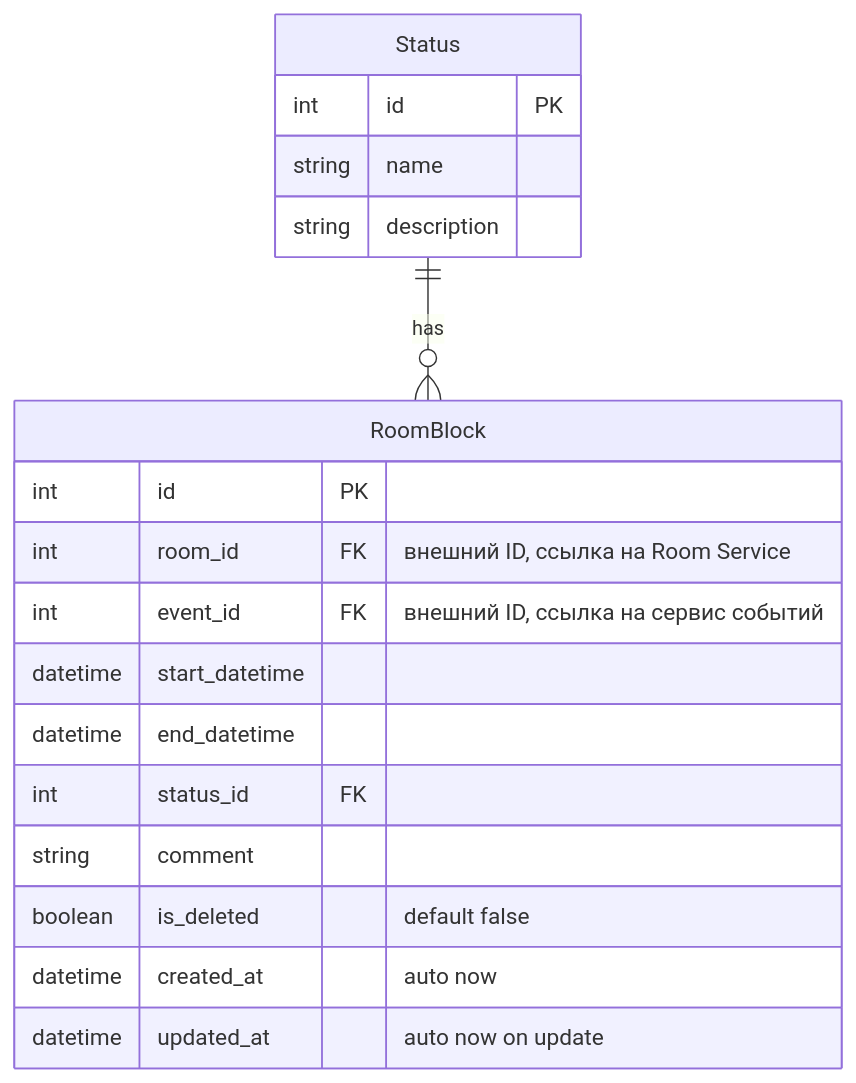
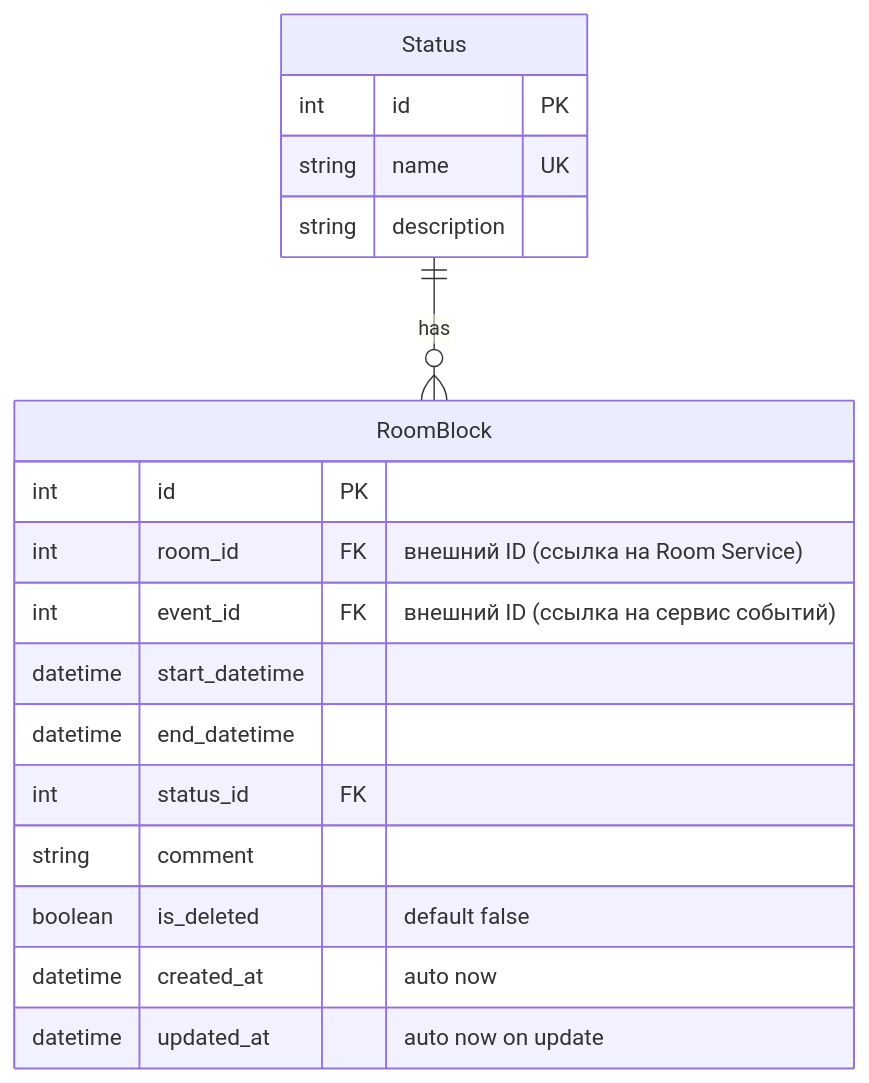
The diagram in S24/doc.md (super122gg/KPK_UP2_23-1P9), drawn with Mermaid before and after one commit. The commit also changed other lines of this file, not shown here.

````diff
--- a/S24/doc.md
+++ b/S24/doc.md
@@ -8,21 +8,21 @@
 ```mermaid
 erDiagram
     Status {
         int id PK
-        string name
+        string name UK
         string description
     }
     RoomBlock {
         int id PK
-        int room_id FK "внешний ID, ссылка на Room Service"
-        int event_id FK "внешний ID, ссылка на сервис событий"
+        int room_id FK "внешний ID (ссылка на Room Service)"
+        int event_id FK "внешний ID (ссылка на сервис событий)"
         datetime start_datetime
         datetime end_datetime
         int status_id FK
         string comment
         boolean is_deleted "default false"
         datetime created_at "auto now"
         datetime updated_at "auto now on update"
     }
     Status ||--o{ RoomBlock : has
 ```
````
